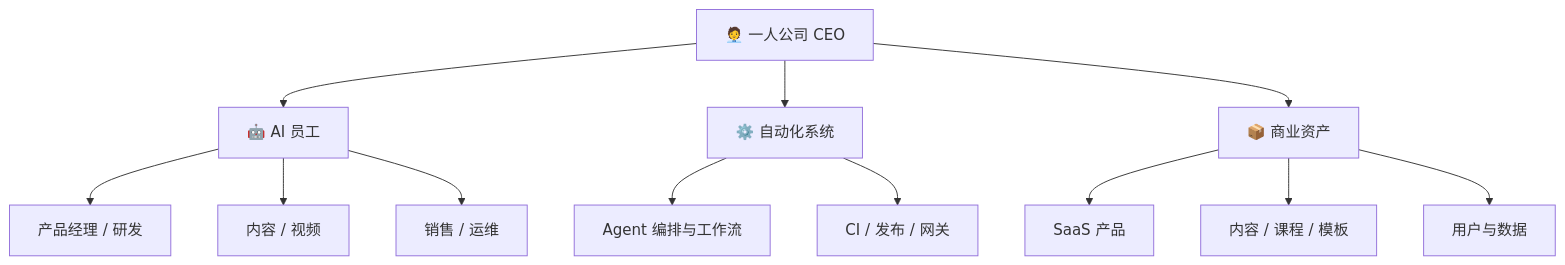
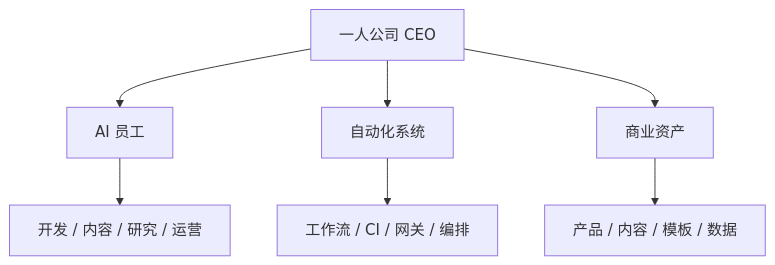
Before and after one commit to EasyIndie/.github: the diagram in profile/README.md, drawn with Mermaid.

Commit message:
fix(profile): 修复 mermaid 图无法渲染
GitHub mermaid 解析器无法处理标签中的 ZWJ 表情（🧑💼 等），
导致「Unable to render rich display」。改为纯文本标签。

````diff
--- a/profile/README.md
+++ b/profile/README.md
@@ -33,18 +33,11 @@
 ```mermaid
 graph TD
-    CEO["🧑‍💼 一人公司 CEO"]
-    CEO --> AI["🤖 AI 员工"]
-    CEO --> AUTO["⚙️ 自动化系统"]
-    CEO --> ASSET["📦 商业资产"]
+    CEO["一人公司 CEO"]
+    CEO --> AI["AI 员工"]
+    CEO --> AUTO["自动化系统"]
+    CEO --> ASSET["商业资产"]
 
-    AI --> A1["产品经理 / 研发"]
-    AI --> A2["内容 / 视频"]
-    AI --> A3["销售 / 运维"]
-
-    AUTO --> B1["Agent 编排与工作流"]
-    AUTO --> B2["CI / 发布 / 网关"]
-
-    ASSET --> C1["SaaS 产品"]
-    ASSET --> C2["内容 / 课程 / 模板"]
-    ASSET --> C3["用户与数据"]
+    AI --> A1["开发 / 内容 / 研究 / 运营"]
+    AUTO --> B1["工作流 / CI / 网关 / 编排"]
+    ASSET --> C1["产品 / 内容 / 模板 / 数据"]
 ```
````
